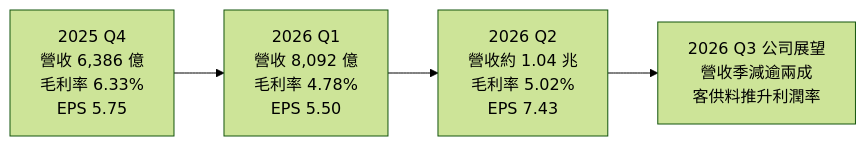
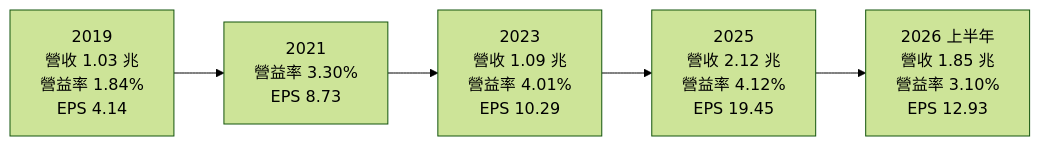
The second of 3 diagrams in 個股/台股/2382廣達.md (wangnick1004/taiwan-stock-vault), drawn with Mermaid (forest theme) before and after one commit. The commit also changed other lines of this file and 19 other files, not shown here.

````diff
--- a/個股/台股/2382廣達.md
+++ b/個股/台股/2382廣達.md
@@ -131,4 +141,4 @@
 ```mermaid
 flowchart LR
-    Q4["2025 Q4<br/>營收 6,386 億<br/>毛利率 6.33%<br/>EPS 5.75"] --> Q1["2026 Q1<br/>營收 8,092 億<br/>毛利率 4.78%<br/>EPS 5.50"] --> Q2["2026 Q2<br/>營收約 1.04 兆<br/>毛利率 5.02%<br/>EPS 7.43"] --> Q3["2026 Q3 公司展望<br/>營收季減逾兩成<br/>客供料推升利潤率"]
+    Y19["2019<br/>營收 1.03 兆<br/>營益率 1.84%<br/>EPS 4.14"] --> Y21["2021<br/>營益率 3.30%<br/>EPS 8.73"] --> Y23["2023<br/>營收 1.09 兆<br/>營益率 4.01%<br/>EPS 10.29"] --> Y25["2025<br/>營收 2.12 兆<br/>營益率 4.12%<br/>EPS 19.45"] --> H26["2026 上半年<br/>營收 1.85 兆<br/>營益率 3.10%<br/>EPS 12.93"]
 ```
````
